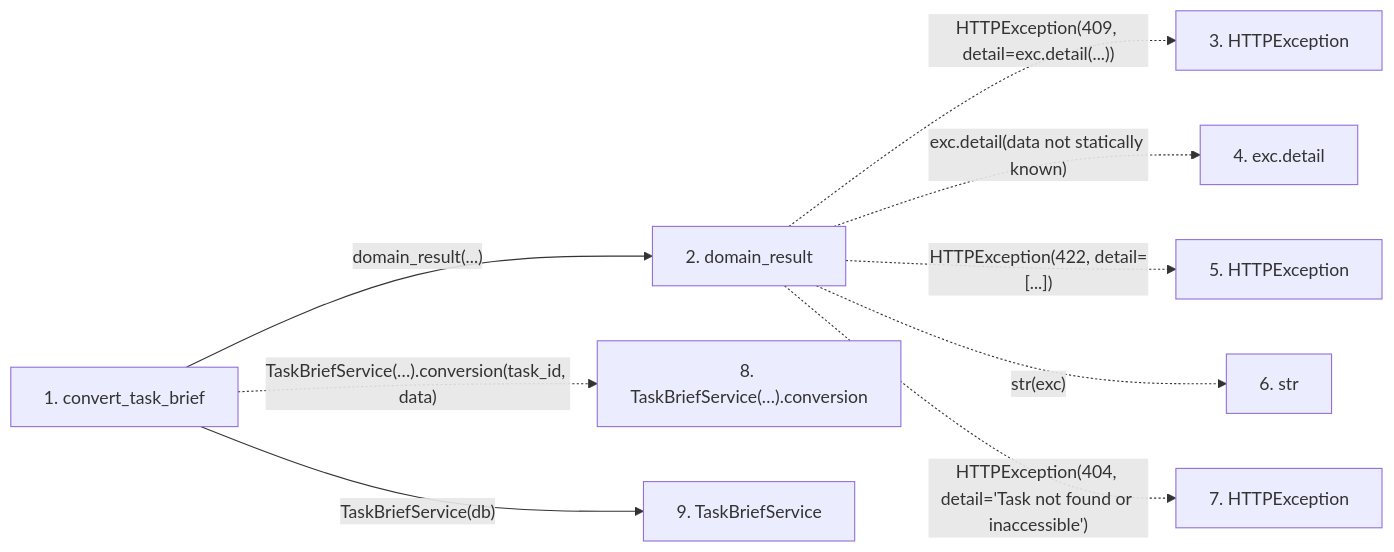
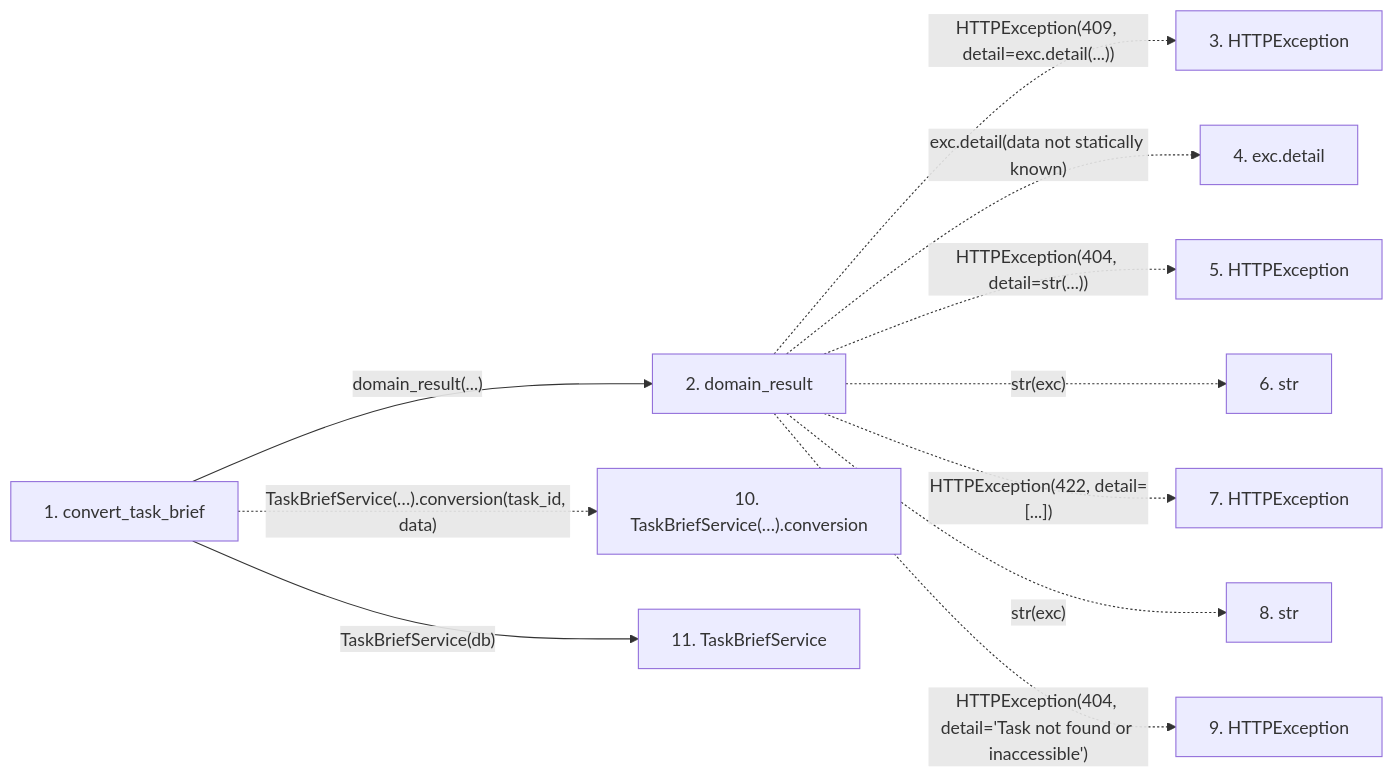
The second of 2 diagrams in docs/llm_wiki/flows/http-convert_task_brief.md (Denissvgn/WorkChord), drawn with Mermaid before and after one commit. The commit also changed other lines of this file and 6624 other files, not shown here.

````diff
--- a/docs/llm_wiki/flows/http-convert_task_brief.md
+++ b/docs/llm_wiki/flows/http-convert_task_brief.md
@@ -32,23 +34,27 @@
 ```mermaid
 flowchart LR
     s1["1. convert_task_brief"]
     s2["2. domain_result"]
     s3["3. HTTPException"]
     s4["4. exc.detail"]
     s5["5. HTTPException"]
     s6["6. str"]
     s7["7. HTTPException"]
-    s8["8. TaskBriefService(…).conversion"]
-    s9["9. TaskBriefService"]
+    s8["8. str"]
+    s9["9. HTTPException"]
+    s10["10. TaskBriefService(…).conversion"]
+    s11["11. TaskBriefService"]
     s1 -->|"domain_result(...)"| s2
     s2 -. "HTTPException(409, detail=exc.detail(...))" .-> s3
     s2 -. "exc.detail(data not statically known)" .-> s4
-    s2 -. "HTTPException(422, detail=[...])" .-> s5
+    s2 -. "HTTPException(404, detail=str(...))" .-> s5
     s2 -. "str(exc)" .-> s6
-    s2 -. "HTTPException(404, detail='Task not found or inaccessible')" .-> s7
-    s1 -. "TaskBriefService(…).conversion(task_id, data)" .-> s8
-    s1 -->|"TaskBriefService(db)"| s9
+    s2 -. "HTTPException(422, detail=[...])" .-> s7
+    s2 -. "str(exc)" .-> s8
+    s2 -. "HTTPException(404, detail='Task not found or inaccessible')" .-> s9
+    s1 -. "TaskBriefService(…).conversion(task_id, data)" .-> s10
+    s1 -->|"TaskBriefService(db)"| s11
     click s1 "../modules/routers_task_domain.md"
     click s2 "../modules/routers_task_domain.md"
-    click s9 "../modules/task_brief_service.md"
+    click s11 "../modules/task_brief_service.md"
 ```
````
